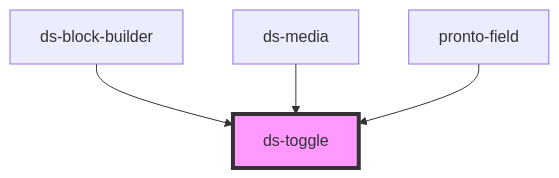
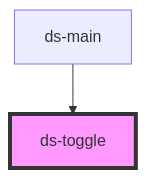
One commit to jezoock/dot-stash changed the diagram in components/core/toggle/readme.md. Above: the diagram before and after it, drawn with Mermaid. The commit also changed other lines of this file and 33 other files, not shown here.

````diff
--- a/components/core/toggle/readme.md
+++ b/components/core/toggle/readme.md
@@ -103,7 +101,5 @@
 ```mermaid
 graph TD;
-  ds-block-builder --> ds-toggle
-  ds-media --> ds-toggle
-  pronto-field --> ds-toggle
+  ds-main --> ds-toggle
   style ds-toggle fill:#f9f,stroke:#333,stroke-width:4px
 ```
````
